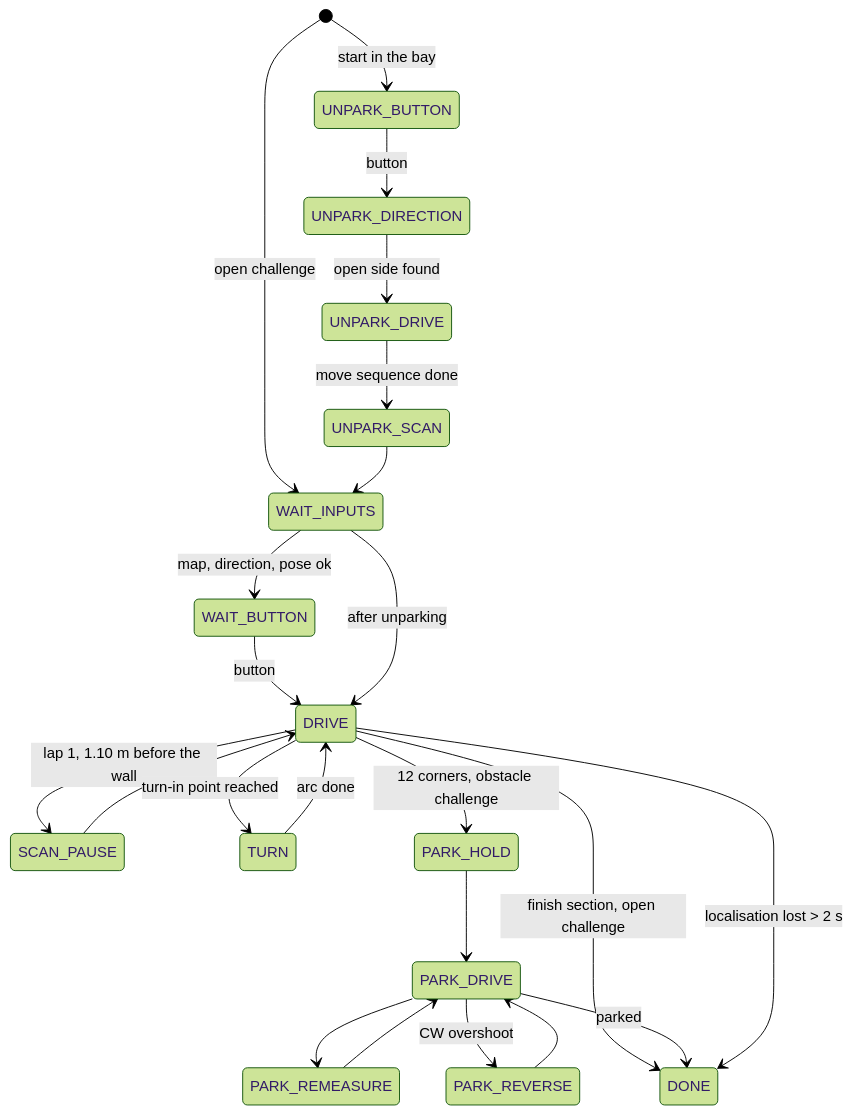
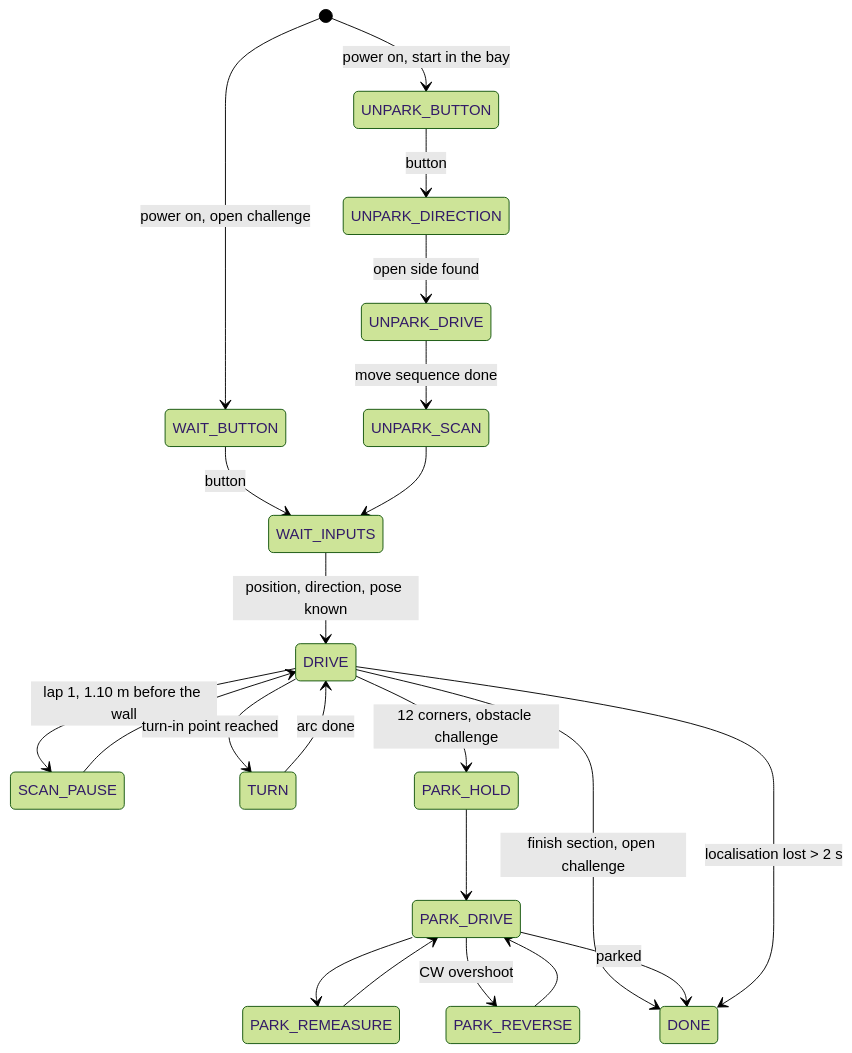
Before and after one commit to Mac-Lego-RMS/JetsonOrinNano: the second of 2 diagrams in docs/journal/04-software.md, drawn with Mermaid (forest theme). The commit also changed other lines of this file and 1 other file, not shown here.

First line of the commit message:
Journal: start sequence without measurements before the button

````diff
--- a/docs/journal/04-software.md
+++ b/docs/journal/04-software.md
@@ -184,25 +187,24 @@
 ```mermaid
 stateDiagram-v2
-  [*] --> UNPARK_BUTTON: start in the bay
-  [*] --> WAIT_INPUTS: open challenge
+  [*] --> UNPARK_BUTTON: power on, start in the bay
+  [*] --> WAIT_BUTTON: power on, open challenge
   UNPARK_BUTTON --> UNPARK_DIRECTION: button
+  WAIT_BUTTON --> WAIT_INPUTS: button
   UNPARK_DIRECTION --> UNPARK_DRIVE: open side found
   UNPARK_DRIVE --> UNPARK_SCAN: move sequence done
   UNPARK_SCAN --> WAIT_INPUTS
-  WAIT_INPUTS --> WAIT_BUTTON: map, direction, pose ok
-  WAIT_BUTTON --> DRIVE: button
-  WAIT_INPUTS --> DRIVE: after unparking
+  WAIT_INPUTS --> DRIVE: position, direction, pose known
   DRIVE --> SCAN_PAUSE: lap 1, 1.10 m before the wall
   SCAN_PAUSE --> DRIVE
   DRIVE --> TURN: turn-in point reached
   TURN --> DRIVE: arc done
   DRIVE --> PARK_HOLD: 12 corners, obstacle challenge
   DRIVE --> DONE: finish section, open challenge
   PARK_HOLD --> PARK_DRIVE
   PARK_DRIVE --> PARK_REMEASURE
   PARK_REMEASURE --> PARK_DRIVE
   PARK_DRIVE --> PARK_REVERSE: CW overshoot
   PARK_REVERSE --> PARK_DRIVE
   PARK_DRIVE --> DONE: parked
   DRIVE --> DONE: localisation lost > 2 s
 ```
````
